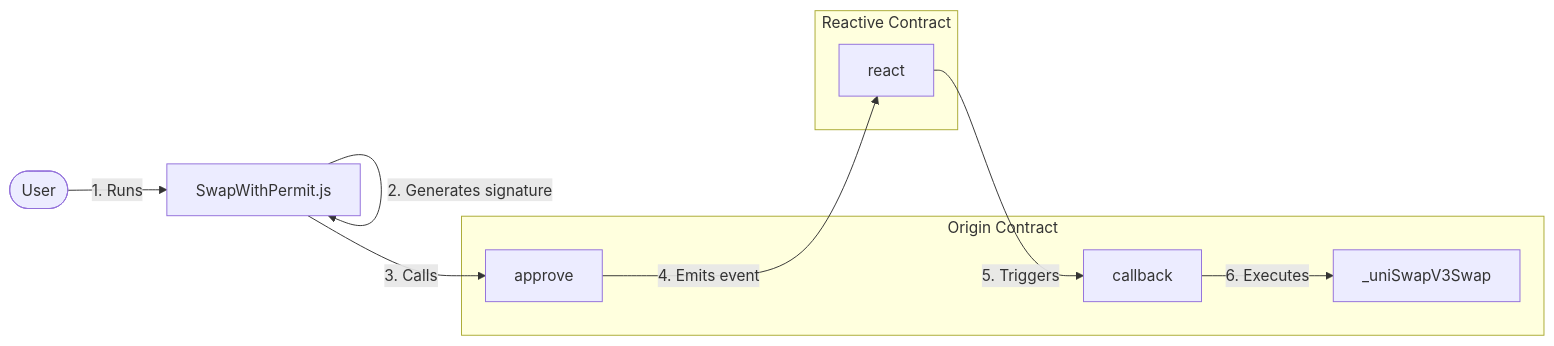
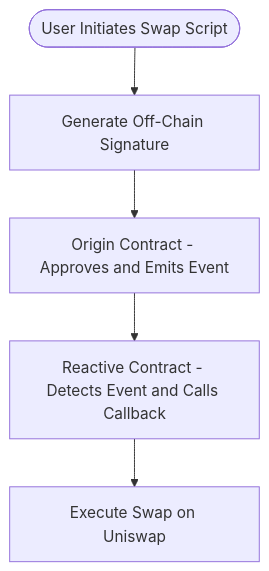
The diagram in src/demos/automated-one-step-swap/SwapWithPermit/README.md (Reactive-Network/reactive-smart-contract-demos), drawn with Mermaid before and after one commit.

Commit message:
Update README.md of SwapWith Permit

````diff
--- a/src/demos/automated-one-step-swap/SwapWithPermit/README.md
+++ b/src/demos/automated-one-step-swap/SwapWithPermit/README.md
@@ -14,21 +14,14 @@
 ```mermaid
-%%{ init: { 'flowchart': { 'curve': 'basis' } } }%%
-flowchart LR
-    User([User])
-    Script[SwapWithPermit.js]
-    subgraph OC[Origin Contract]
-        Approve[approve]
-        Callback[callback]
-        UniswapSwap[_uniSwapV3Swap]
-    end
-    subgraph RC[Reactive Contract]
-        React[react]
-    end
+flowchart TD
+    User([User Initiates Swap Script])
+    Signature[Generate Off-Chain Signature]
+    OriginContract[Origin Contract - Approves and Emits Event]
+    ReactiveContract[Reactive Contract - Detects Event and Calls Callback]
+    UniswapSwap[Execute Swap on Uniswap]
 
-    User -->|1. Runs| Script
-    Script -->|2. Generates signature| Script
-    Script -->|3. Calls| Approve
-    Approve -->|4. Emits event| React
-    React -->|5. Triggers| Callback
-    Callback -->|6. Executes| UniswapSwap
+    User --> Signature
+    Signature --> OriginContract
+    OriginContract --> ReactiveContract
+    ReactiveContract --> UniswapSwap
+
 ```
````
